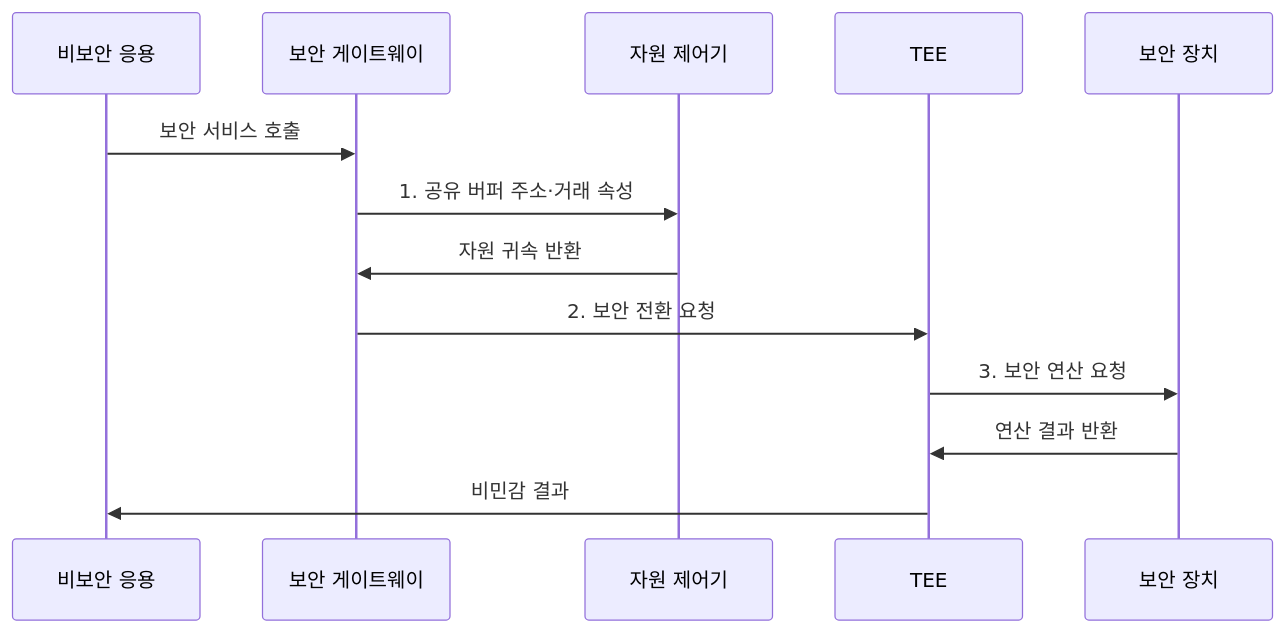
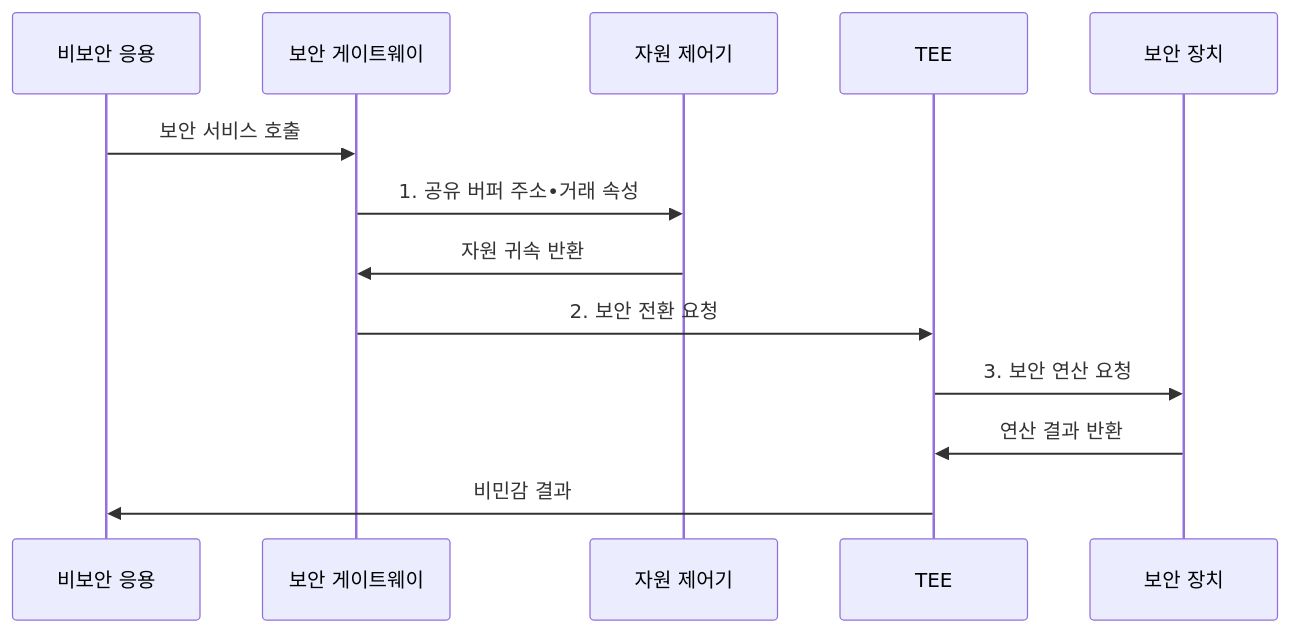
The second of 2 diagrams in src/content/docs/notes/02-hardware/064_arm_trustzone.md (agnusdei1207/knowledge-base), drawn with Mermaid before and after one commit. The commit also changed other lines of this file and 953 other files, not shown here.

````diff
--- a/src/content/docs/notes/02-hardware/064_arm_trustzone.md
+++ b/src/content/docs/notes/02-hardware/064_arm_trustzone.md
@@ -104,16 +104,16 @@
 ```mermaid
 sequenceDiagram
     participant N as 비보안 응용
     participant G as 보안 게이트웨이
     participant A as 자원 제어기
     participant T as TEE
     participant P as 보안 장치
 
     N->>G: 보안 서비스 호출
-    G->>A: 1. 공유 버퍼 주소·거래 속성
+    G->>A: 1. 공유 버퍼 주소•거래 속성
     A->>G: 자원 귀속 반환
     G->>T: 2. 보안 전환 요청
     T->>P: 3. 보안 연산 요청
     P->>T: 연산 결과 반환
     T->>N: 비민감 결과
 ```
````
